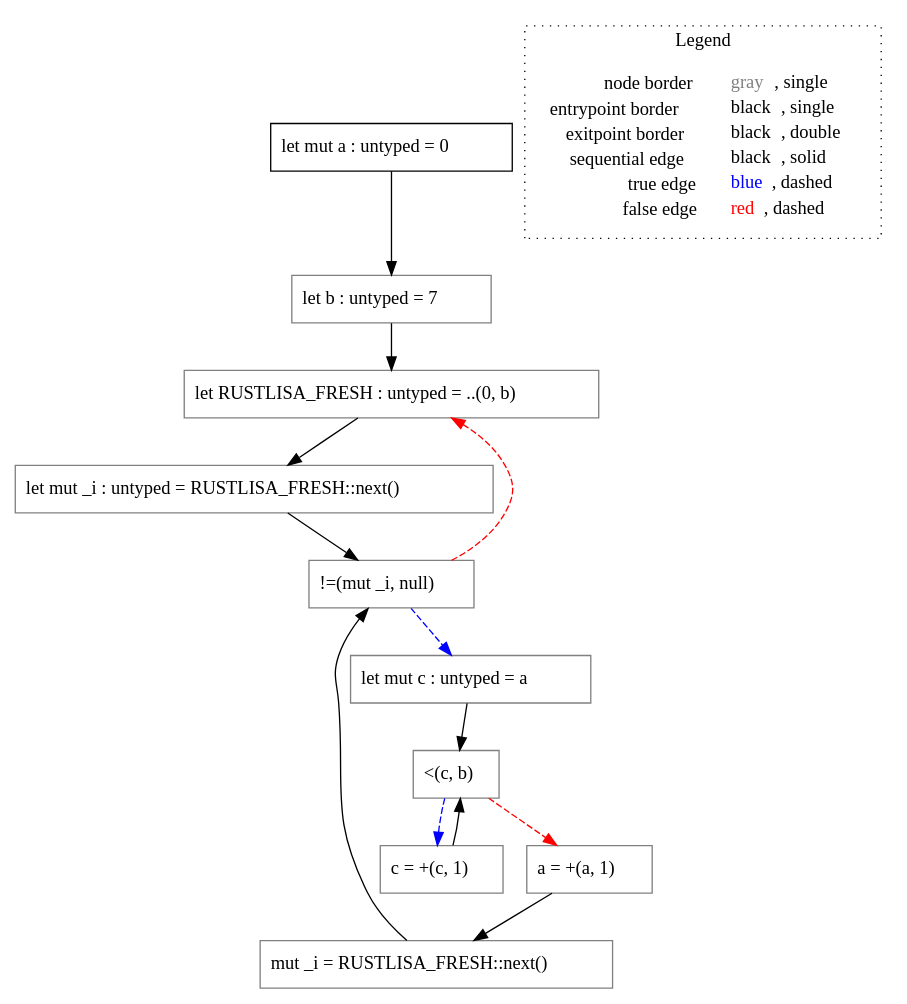
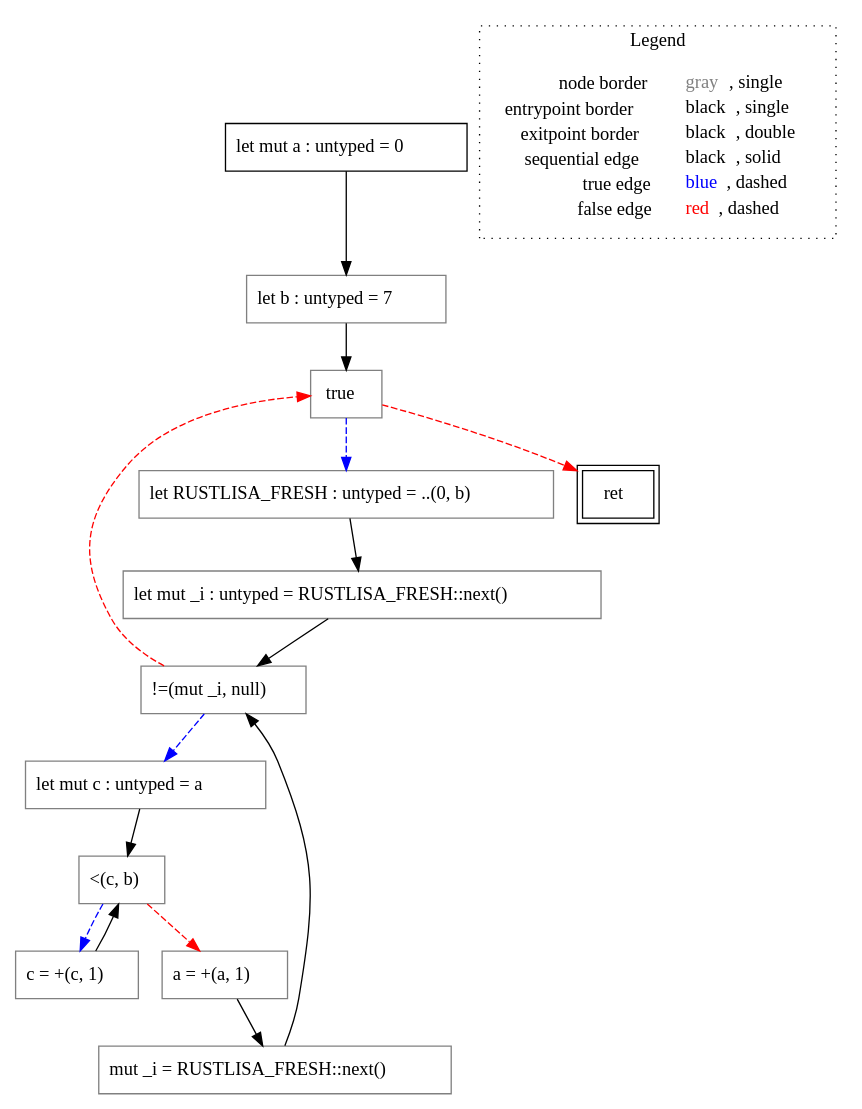
One commit to VincenzoArceri/rust-lisa changed the diagram in rust-lisa/rust-testcases/cfg/nested-loops/()_rust-testcases_cfg_nested-loops_nested-loops.rs.main().dot. Above: the diagram before and after it, drawn with Graphviz. The commit also changed 7 other files, not shown here.

```diff
--- a/rust-lisa/rust-testcases/cfg/nested-loops/()_rust-testcases_cfg_nested-loops_nested-loops.rs.main().dot
+++ b/rust-lisa/rust-testcases/cfg/nested-loops/()_rust-testcases_cfg_nested-loops_nested-loops.rs.main().dot
@@ -1,31 +1,35 @@
 digraph {
 	"node0" [shape="rect",color="black",label=<let mut a : untyped = 0>];
-	"node1" [shape="rect",color="gray",label=<c = +(c, 1)>];
-	"node2" [shape="rect",color="gray",label=<let RUSTLISA_FRESH : untyped = ..(0, b)>];
-	"node3" [shape="rect",color="gray",label=<let mut _i : untyped = RUSTLISA_FRESH::next()>];
-	"node4" [shape="rect",color="gray",label=<mut _i = RUSTLISA_FRESH::next()>];
-	"node5" [shape="rect",color="gray",label=<let mut c : untyped = a>];
-	"node6" [shape="rect",color="gray",label=<a = +(a, 1)>];
-	"node7" [shape="rect",color="gray",label=<!=(mut _i, null)>];
-	"node8" [shape="rect",color="gray",label=<let b : untyped = 7>];
-	"node9" [shape="rect",color="gray",label=<&lt;(c, b)>];
-	"node1" -> "node9" [color="black"];
-	"node2" -> "node3" [color="black"];
-	"node3" -> "node7" [color="black"];
-	"node4" -> "node7" [color="black"];
-	"node5" -> "node9" [color="black"];
-	"node6" -> "node4" [color="black"];
-	"node0" -> "node8" [color="black"];
-	"node7" -> "node2" [color="red",style="dashed"];
-	"node7" -> "node5" [color="blue",style="dashed"];
-	"node8" -> "node2" [color="black"];
-	"node9" -> "node1" [color="blue",style="dashed"];
-	"node9" -> "node6" [color="red",style="dashed"];
+	"node1" [shape="rect",color="gray",label=<let b : untyped = 7>];
+	"node2" [shape="rect",color="gray",label=<c = +(c, 1)>];
+	"node3" [shape="rect",color="gray",label=<let RUSTLISA_FRESH : untyped = ..(0, b)>];
+	"node4" [shape="rect",color="gray",label=<!=(mut _i, null)>];
+	"node5" [shape="rect",color="gray",label=<true>];
+	"node6" [shape="rect",color="black",peripheries="2",label=<ret>];
+	"node7" [shape="rect",color="gray",label=<&lt;(c, b)>];
+	"node8" [shape="rect",color="gray",label=<let mut c : untyped = a>];
+	"node9" [shape="rect",color="gray",label=<a = +(a, 1)>];
+	"node10" [shape="rect",color="gray",label=<let mut _i : untyped = RUSTLISA_FRESH::next()>];
+	"node11" [shape="rect",color="gray",label=<mut _i = RUSTLISA_FRESH::next()>];
+	"node1" -> "node5" [color="black"];
+	"node2" -> "node7" [color="black"];
+	"node3" -> "node10" [color="black"];
+	"node0" -> "node1" [color="black"];
+	"node4" -> "node5" [color="red",style="dashed"];
+	"node4" -> "node8" [color="blue",style="dashed"];
+	"node5" -> "node3" [color="blue",style="dashed"];
+	"node5" -> "node6" [color="red",style="dashed"];
+	"node7" -> "node2" [color="blue",style="dashed"];
+	"node7" -> "node9" [color="red",style="dashed"];
+	"node8" -> "node7" [color="black"];
+	"node9" -> "node11" [color="black"];
+	"node10" -> "node4" [color="black"];
+	"node11" -> "node4" [color="black"];
 subgraph cluster_legend {
 	label="Legend";
 	style=dotted;
 	node [shape=plaintext];
 	"legend" [label=<<table border="0" cellpadding="2" cellspacing="0" cellborder="0"><tr><td align="right">node border&nbsp;</td><td align="left"><font color="gray">gray</font>, single</td></tr><tr><td align="right">entrypoint border&nbsp;</td><td align="left"><font color="black">black</font>, single</td></tr><tr><td align="right">exitpoint border&nbsp;</td><td align="left"><font color="black">black</font>, double</td></tr><tr><td align="right">sequential edge&nbsp;</td><td align="left"><font color="black">black</font>, solid</td></tr><tr><td align="right">true edge&nbsp;</td><td align="left"><font color="blue">blue</font>, dashed</td></tr><tr><td align="right">false edge&nbsp;</td><td align="left"><font color="red">red</font>, dashed</td></tr></table>>];
 }
 
 }
```
